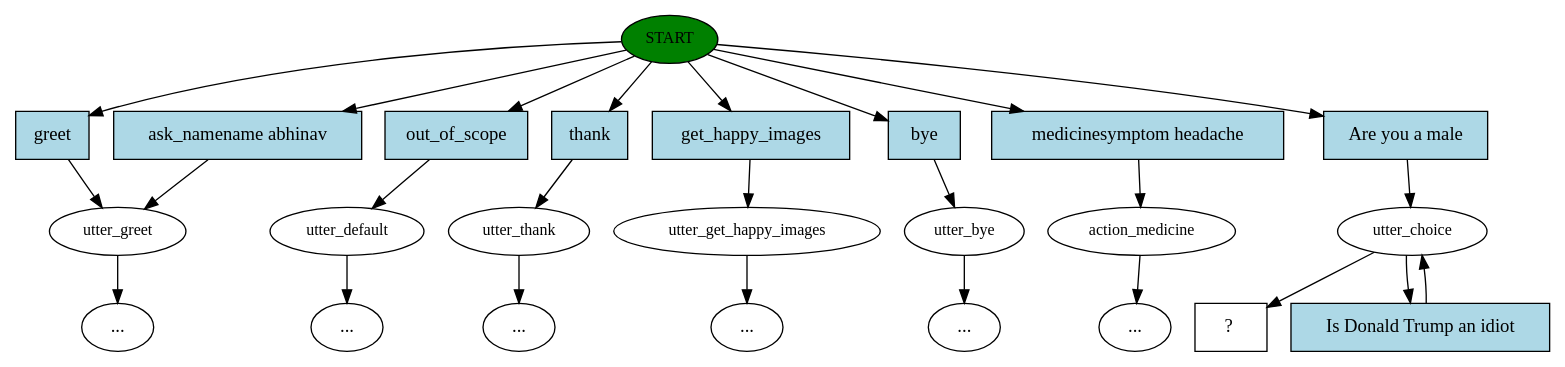
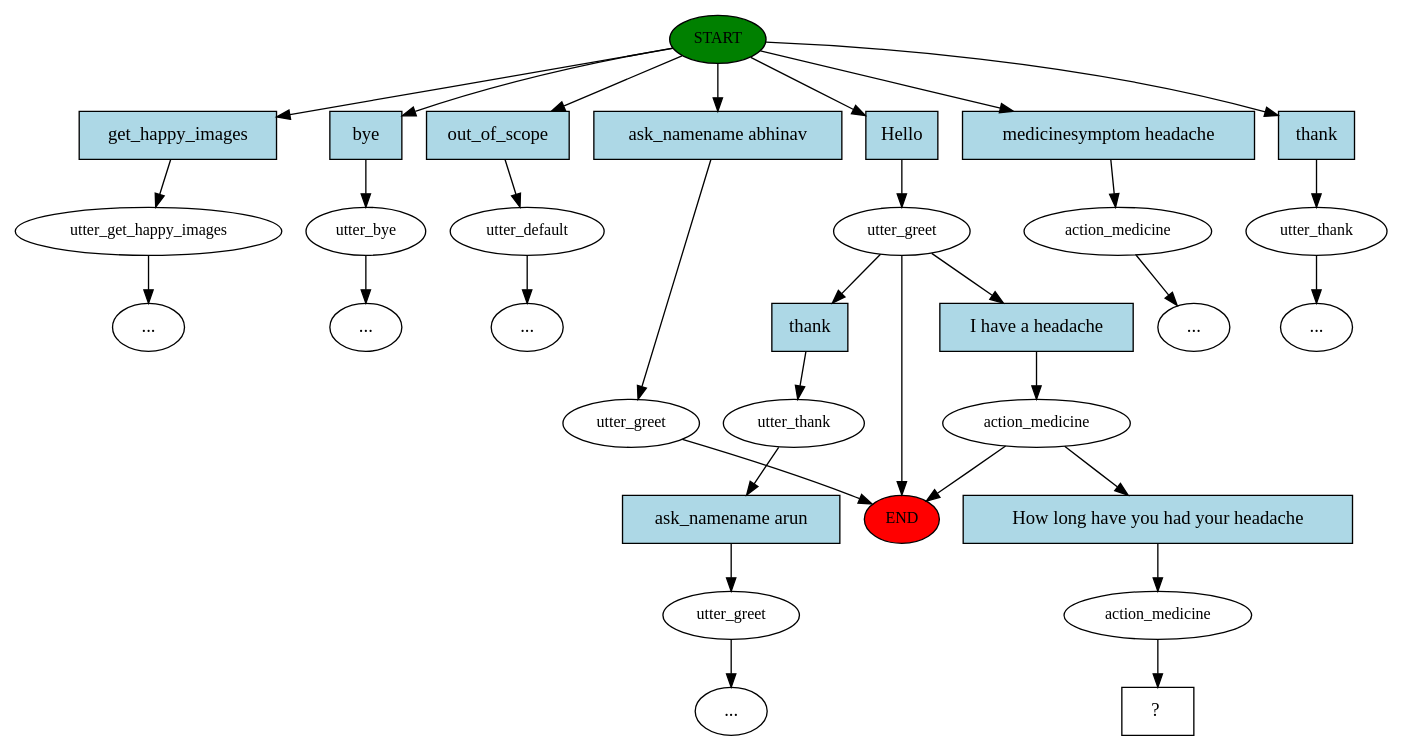
One commit to Arunkumar0258/healthbot changed the diagram in story_graph.dot. Above: the diagram before and after it, drawn with Graphviz. The commit also changed 18 other files, not shown here.

```diff
--- a/story_graph.dot
+++ b/story_graph.dot
@@ -1,51 +1,65 @@
 digraph  {
-0 [fontsize=12, fillcolor=green, label=START, style=filled, class="start active"];
-1 [fontsize=12, label=utter_greet, class=""];
-2 [fontsize=12, label=utter_default, class=""];
-4 [fontsize=12, label=utter_thank, class=""];
-5 [fontsize=12, label=utter_get_happy_images, class=""];
-7 [fontsize=12, label=utter_bye, class=""];
-8 [fontsize=12, label=action_medicine, class=""];
-11 [fontsize=12, label=utter_choice, class=active];
-14 [shape=rect, label="  ?  ", class="intent dashed active"];
-15 [shape=rect, fillcolor=lightblue, label=greet, style=filled, class=intent];
-16 [shape=rect, fillcolor=lightblue, label="ask_namename abhinav", style=filled, class=intent];
-17 [shape=rect, fillcolor=lightblue, label=out_of_scope, style=filled, class=intent];
-18 [shape=rect, fillcolor=lightblue, label=thank, style=filled, class=intent];
-19 [shape=rect, fillcolor=lightblue, label=get_happy_images, style=filled, class=intent];
-20 [shape=rect, fillcolor=lightblue, label=bye, style=filled, class=intent];
-21 [shape=rect, fillcolor=lightblue, label="medicinesymptom headache", style=filled, class=intent];
-22 [shape=rect, fillcolor=lightblue, label="Are you a male", style=filled, class="intent active"];
-23 [shape=rect, fillcolor=lightblue, label="Is Donald Trump an idiot", style=filled, class="intent active"];
-"-12" [label="...", class=ellipsis];
+0 [fontsize=12, style=filled, fillcolor=green, label=START, class="start active"];
+1 [fontsize=12, label=utter_get_happy_images, class=""];
+2 [fontsize=12, label=utter_bye, class=""];
+3 [fontsize=12, label=utter_default, class=""];
+4 [fontsize=12, label=utter_greet, class=active];
+5 [fontsize=12, label=action_medicine, class=active];
+6 [fontsize=12, label=action_medicine, class=""];
+9 [fontsize=12, label=utter_greet, class=""];
+11 [fontsize=12, label=utter_thank, class=""];
+13 [fontsize=12, label=utter_thank, class=""];
+14 [fontsize=12, label=utter_greet, class=""];
+17 [fontsize=12, label=action_medicine, class=active];
+18 [shape=rect, label="  ?  ", class="intent dashed active"];
+19 [shape=rect, style=filled, fillcolor=lightblue, label=get_happy_images, class=intent];
+20 [shape=rect, style=filled, fillcolor=lightblue, label=bye, class=intent];
+21 [shape=rect, style=filled, fillcolor=lightblue, label=out_of_scope, class=intent];
+22 [shape=rect, style=filled, fillcolor=lightblue, label=Hello, class="intent active"];
+23 [shape=rect, style=filled, fillcolor=lightblue, label="medicinesymptom headache", class=intent];
+24 [shape=rect, style=filled, fillcolor=lightblue, label="ask_namename abhinav", class=intent];
+25 [shape=rect, style=filled, fillcolor=lightblue, label=thank, class=intent];
+26 [shape=rect, style=filled, fillcolor=lightblue, label="I have a headache", class="intent active"];
+27 [shape=rect, style=filled, fillcolor=lightblue, label=thank, class=intent];
+28 [shape=rect, style=filled, fillcolor=lightblue, label="How long have you had your headache", class="intent active"];
+29 [shape=rect, style=filled, fillcolor=lightblue, label="ask_namename arun", class=intent];
+"-1" [fontsize=12, style=filled, fillcolor=red, label=END, class=end];
 "-10" [label="...", class=ellipsis];
 "-9" [label="...", class=ellipsis];
+"-8" [label="...", class=ellipsis];
 "-7" [label="...", class=ellipsis];
-"-6" [label="...", class=ellipsis];
-"-5" [label="...", class=ellipsis];
-0 -> 15  [key=0, class=""];
-0 -> 16  [key=0, class=""];
-0 -> 17  [key=0, class=""];
-0 -> 18  [key=0, class=""];
+"-4" [label="...", class=ellipsis];
+"-3" [label="...", class=ellipsis];
 0 -> 19  [key=0, class=""];
 0 -> 20  [key=0, class=""];
 0 -> 21  [key=0, class=""];
 0 -> 22  [key=0, class=active];
-1 -> "-12"  [key=NONE, label="", class=""];
-2 -> "-5"  [key=NONE, label="", class=""];
-4 -> "-6"  [key=NONE, label="", class=""];
-5 -> "-7"  [key=NONE, label="", class=""];
-7 -> "-9"  [key=NONE, label="", class=""];
-8 -> "-10"  [key=NONE, label="", class=""];
-11 -> 14  [key=NONE, label="", class=active];
-11 -> 23  [key=0, class=active];
-15 -> 1  [key=0, class=""];
-16 -> 1  [key=0, class=""];
-17 -> 2  [key=0, class=""];
-18 -> 4  [key=0, class=""];
-19 -> 5  [key=0, class=""];
-20 -> 7  [key=0, class=""];
-21 -> 8  [key=0, class=""];
-22 -> 11  [key=0, class=active];
-23 -> 11  [key=0, class=active];
+0 -> 23  [key=0, class=""];
+0 -> 24  [key=0, class=""];
+0 -> 25  [key=0, class=""];
+1 -> "-3"  [key=NONE, label="", class=""];
+2 -> "-4"  [key=NONE, label="", class=""];
+3 -> "-8"  [key=NONE, label="", class=""];
+4 -> 26  [key=0, class=active];
+4 -> 27  [key=0, class=""];
+4 -> "-1"  [key=NONE, label="", class=""];
+5 -> 28  [key=0, class=active];
+5 -> "-1"  [key=NONE, label="", class=""];
+6 -> "-7"  [key=NONE, label="", class=""];
+9 -> "-1"  [key=NONE, label="", class=""];
+11 -> "-9"  [key=NONE, label="", class=""];
+13 -> 29  [key=0, class=""];
+14 -> "-10"  [key=NONE, label="", class=""];
+17 -> 18  [key=NONE, label="", class=active];
+19 -> 1  [key=0, class=""];
+20 -> 2  [key=0, class=""];
+21 -> 3  [key=0, class=""];
+22 -> 4  [key=0, class=active];
+23 -> 6  [key=0, class=""];
+24 -> 9  [key=0, class=""];
+25 -> 11  [key=0, class=""];
+26 -> 5  [key=0, class=active];
+27 -> 13  [key=0, class=""];
+28 -> 17  [key=0, class=active];
+29 -> 14  [key=0, class=""];
 }
```
